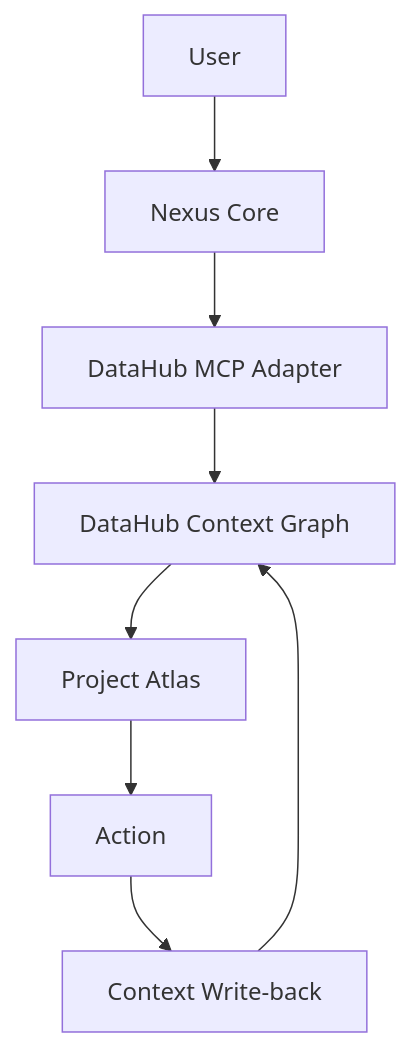
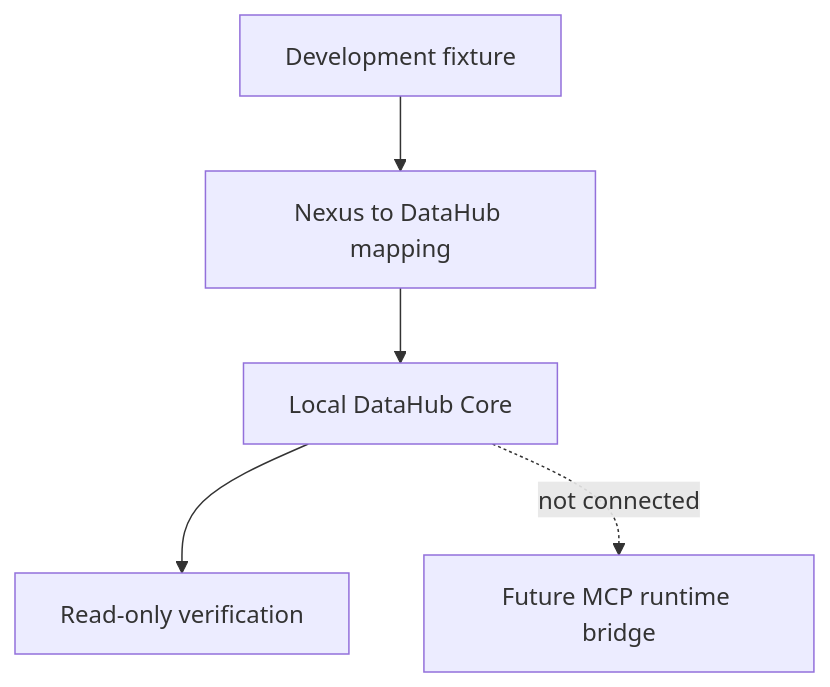
Before and after one commit to cyrilla-mist/nexus-ai: the diagram in docs/Nexus-DataHub-Integration.md, drawn with Mermaid. The commit also changed other lines of this file and 5 other files, not shown here.

Commit message:
test: verify datahub runtime and mcp access

````diff
--- a/docs/Nexus-DataHub-Integration.md
+++ b/docs/Nexus-DataHub-Integration.md
@@ -21,18 +17,13 @@
 ```mermaid
 flowchart TD
-  User[User]
-  Core[Nexus Core]
-  Adapter[DataHub MCP Adapter]
-  DataHub[DataHub Context Graph]
-  Atlas[Project Atlas]
-  Action[Action]
-  WriteBack[Context Write-back]
+  Fixture[Development fixture]
+  Mapping[Nexus to DataHub mapping]
+  DataHub[Local DataHub Core]
+  Verify[Read-only verification]
+  Future[Future MCP runtime bridge]
 
-  User --> Core
-  Core --> Adapter
-  Adapter --> DataHub
-  DataHub --> Atlas
-  Atlas --> Action
-  Action --> WriteBack
-  WriteBack --> DataHub
+  Fixture --> Mapping
+  Mapping --> DataHub
+  DataHub --> Verify
+  DataHub -. not connected .-> Future
 ```
````
